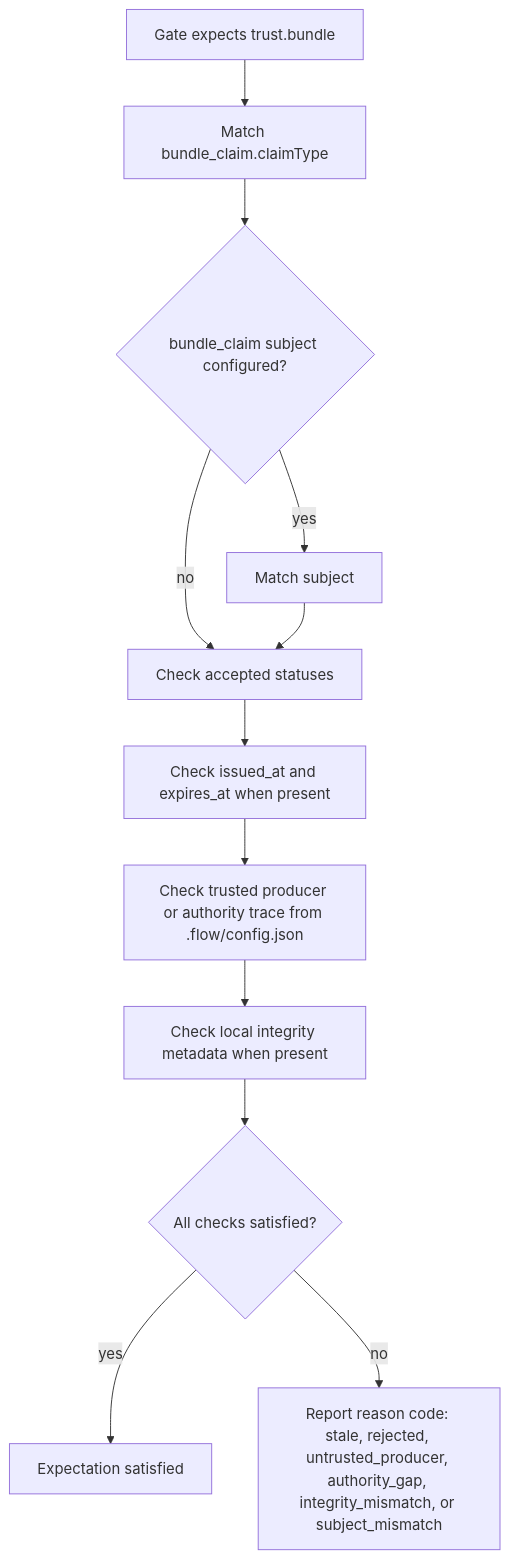
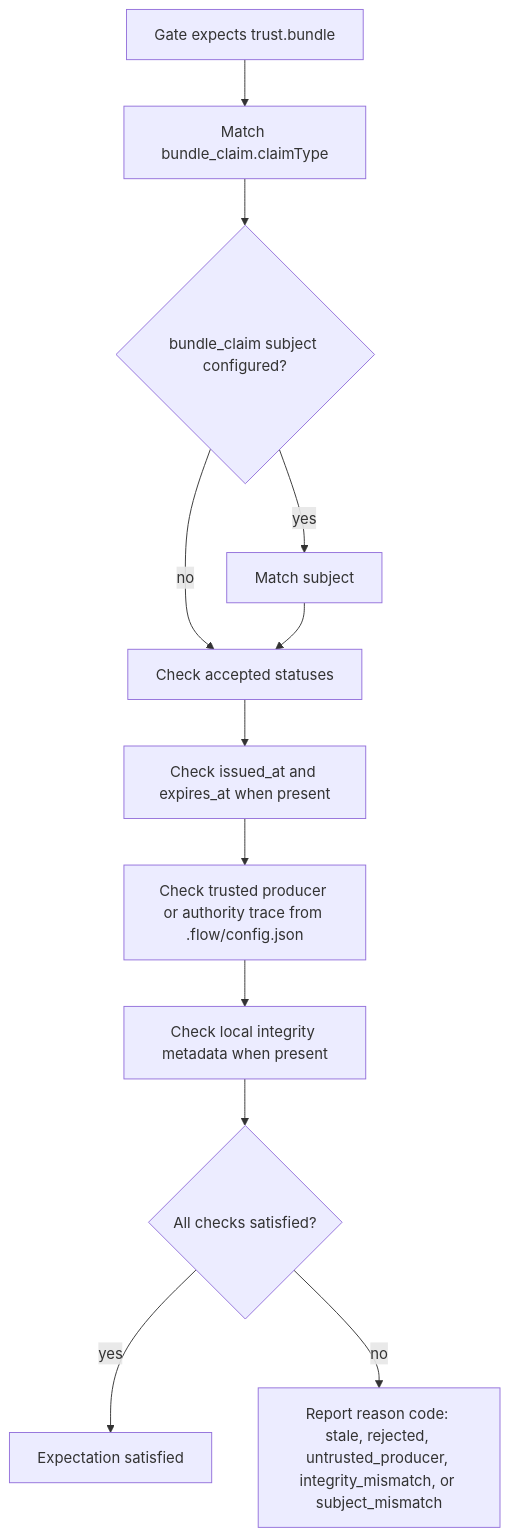
The sixth of 7 diagrams in docs/developer-architecture.md (kontourai/flow), drawn with Mermaid before and after one commit. The commit also changed other lines of this file and 69 other files, not shown here.

````diff
--- a/docs/developer-architecture.md
+++ b/docs/developer-architecture.md
@@ -243,14 +251,14 @@
 ```mermaid
 flowchart TD
   Expectation["Gate expects trust.bundle"] --> MatchType["Match bundle_claim.claimType"]
   MatchType --> MatchSubject{"bundle_claim subject configured?"}
   MatchSubject -->|yes| Subject["Match subject"]
   MatchSubject -->|no| Status["Check accepted statuses"]
   Subject --> Status
   Status --> Freshness["Check issued_at and expires_at when present"]
   Freshness --> Producer["Check trusted producer or authority trace from .flow/config.json"]
   Producer --> Integrity["Check local integrity metadata when present"]
   Integrity --> Decision{"All checks satisfied?"}
   Decision -->|yes| Trusted["Expectation satisfied"]
-  Decision -->|no| Diagnostic["Report reason code: stale, rejected, untrusted_producer, authority_gap, integrity_mismatch, or subject_mismatch"]
+  Decision -->|no| Diagnostic["Report reason code: stale, rejected, untrusted_producer, integrity_mismatch, or subject_mismatch"]
 ```
````
